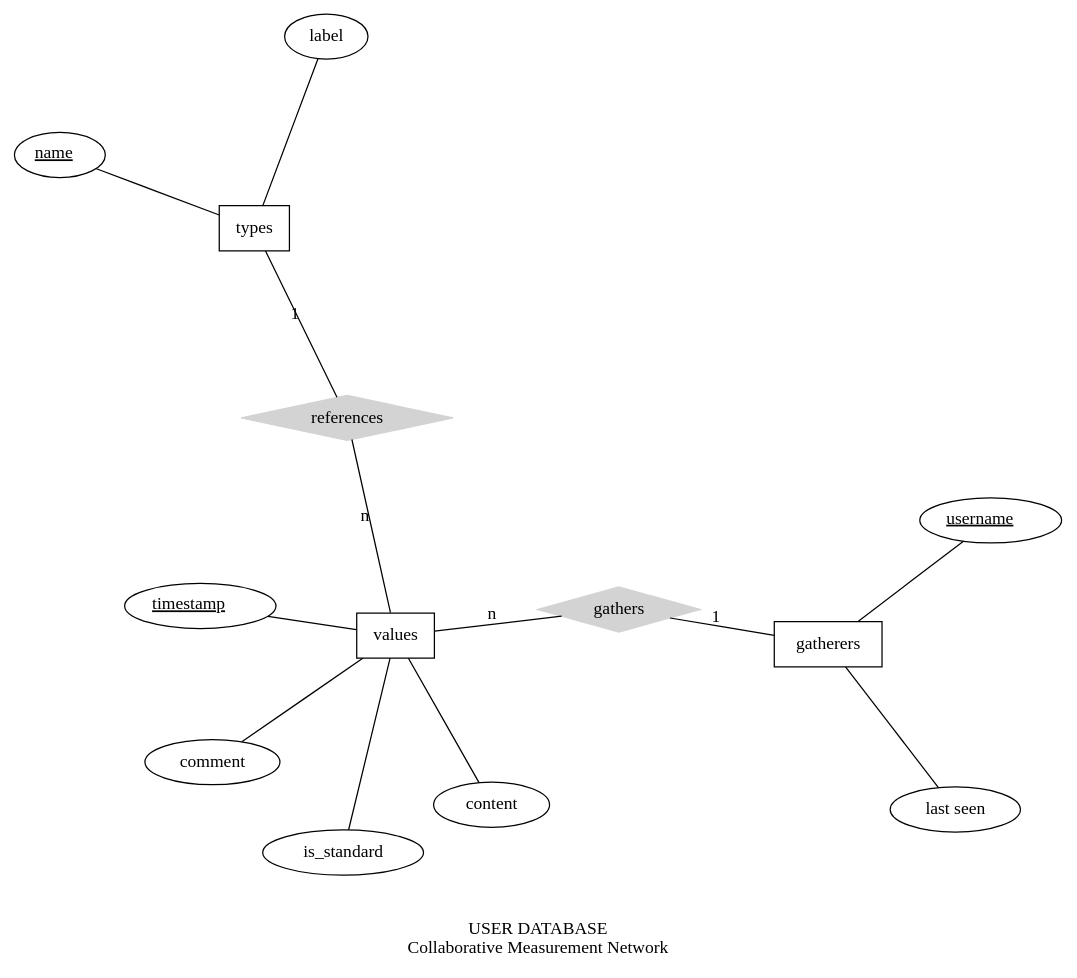
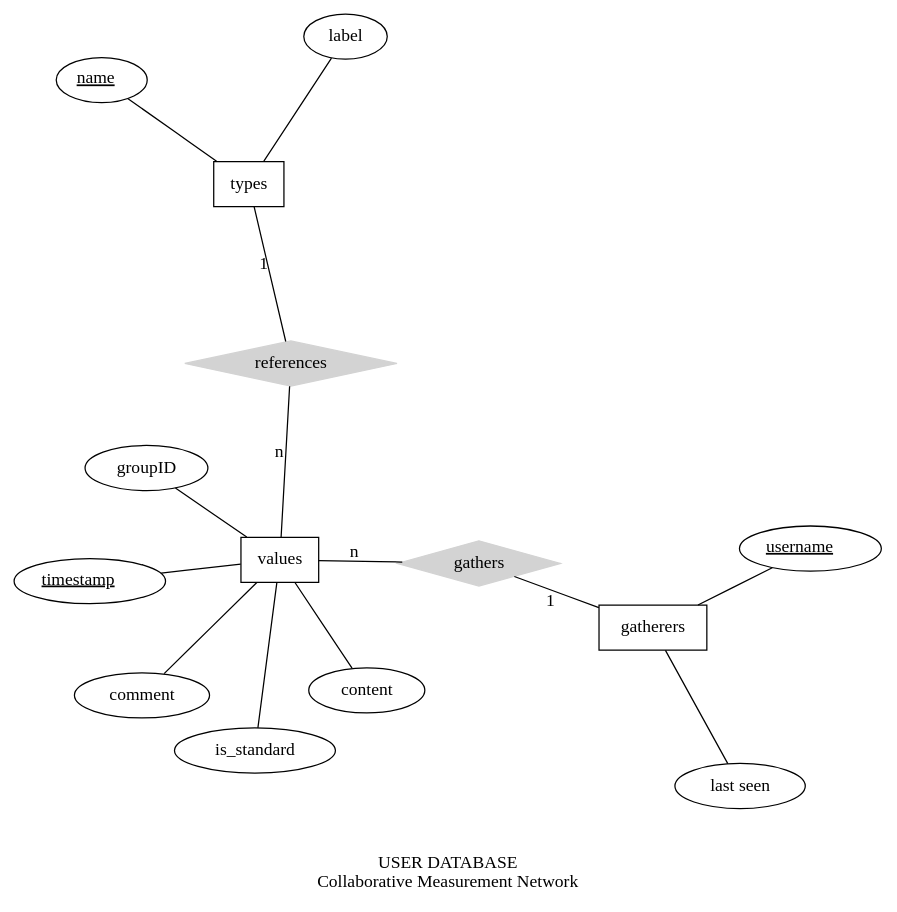
The diagram in doc/erm.dot (gruener-campus-malchow/colamator), drawn with Graphviz before and after one commit. The commit also changed 2 other files, not shown here.

```diff
--- a/doc/erm.dot
+++ b/doc/erm.dot
@@ -1,41 +1,42 @@
 graph ER {
 
   layout=neato;
    //overlap = scale;
    overlap = false;
 
   node [shape=box]; types; values; gatherers;
 
-  node [shape=ellipse];  name0; username; label; comment; content; timestamp; status; is_standard;
+  node [shape=ellipse];  name0; username; label; comment; content; timestamp; status; is_standard; groupID;
 
   node [shape=diamond,style=filled,color=lightgrey] {"references"; "gathers"} 
 
   name0 -- types;
   label -- types;
   name0 [label=<<u>name</u>>];
 
   //name1 -- values;
   content -- values;
   is_standard -- values;
   timestamp -- values;
   comment -- values;
   //name1 [label=<<u>name</u>>];
   timestamp [label=<<u>timestamp</u>>];
 
   username -- gatherers;
   status -- gatherers;
   username [label=<<u>username</u>>];
   status [label="last seen"];
+  groupID -- values;
 
  // types -- "classifies" [label="1",len=1.00];
  // values -- "classifies" [label="n",len=1.00];
 
   types -- "references" [label="1",len=1.00];
   values -- "references" [label="n",len=1.00];
 
   gatherers -- "gathers" [label="1",len=1.00];
   values -- "gathers" [label="n",len=1.00];
 
   label = "\n\nUSER DATABASE\nCollaborative Measurement Network";
   fontsize=14;
 }
```
